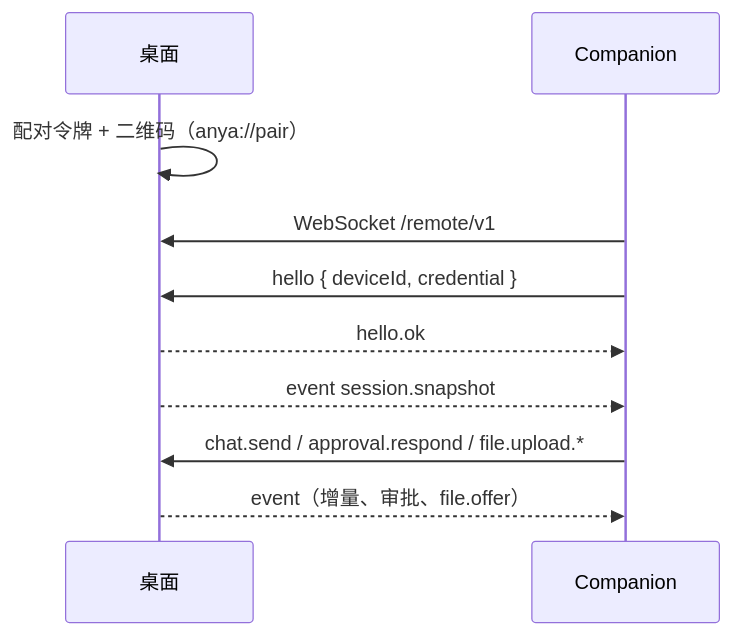
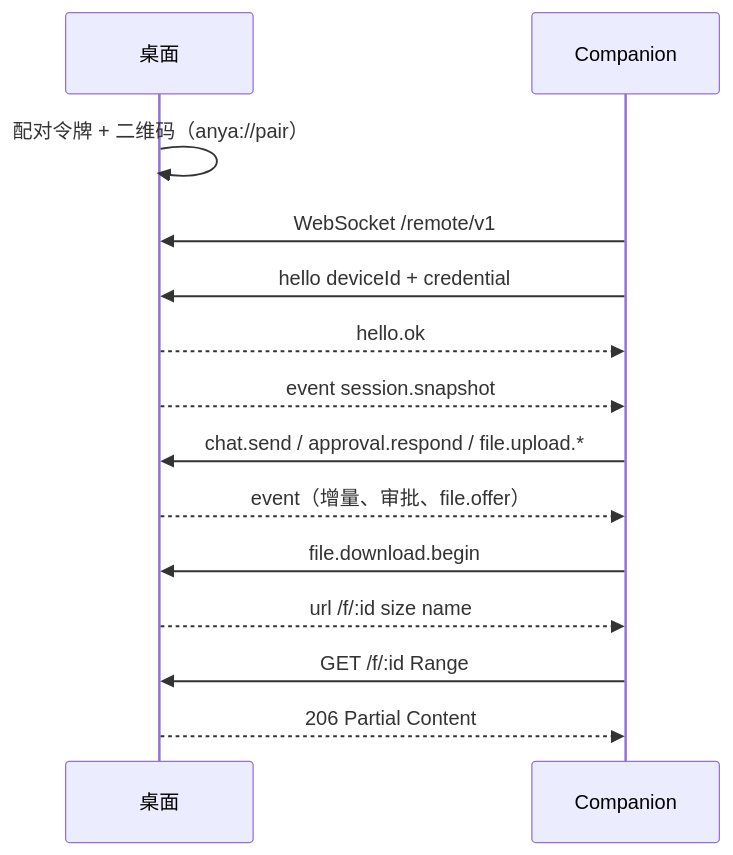
The sixth of 18 diagrams in docs/architecture-overview.zh-CN.md (rururunu/Anya), drawn with Mermaid before and after one commit. The commit also changed other lines of this file and 86 other files, not shown here.

````diff
--- a/docs/architecture-overview.zh-CN.md
+++ b/docs/architecture-overview.zh-CN.md
@@ -218,12 +229,16 @@
 ```mermaid
 sequenceDiagram
   participant D as 桌面
   participant P as Companion
   D->>D: 配对令牌 + 二维码（anya://pair）
   P->>D: WebSocket /remote/v1
-  P->>D: hello { deviceId, credential }
+  P->>D: hello deviceId + credential
   D-->>P: hello.ok
   D-->>P: event session.snapshot
   P->>D: chat.send / approval.respond / file.upload.*
   D-->>P: event（增量、审批、file.offer）
+  P->>D: file.download.begin
+  D-->>P: url /f/:id size name
+  P->>D: GET /f/:id Range
+  D-->>P: 206 Partial Content
 ```
````
